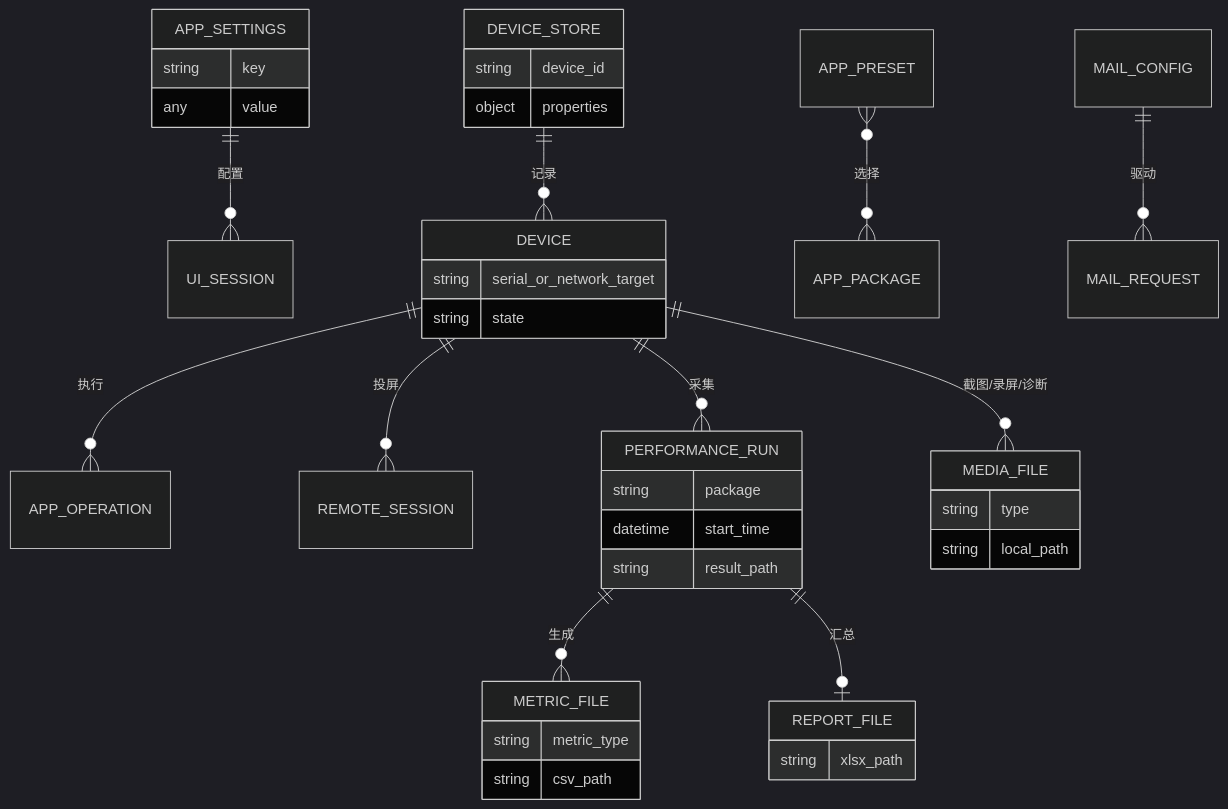
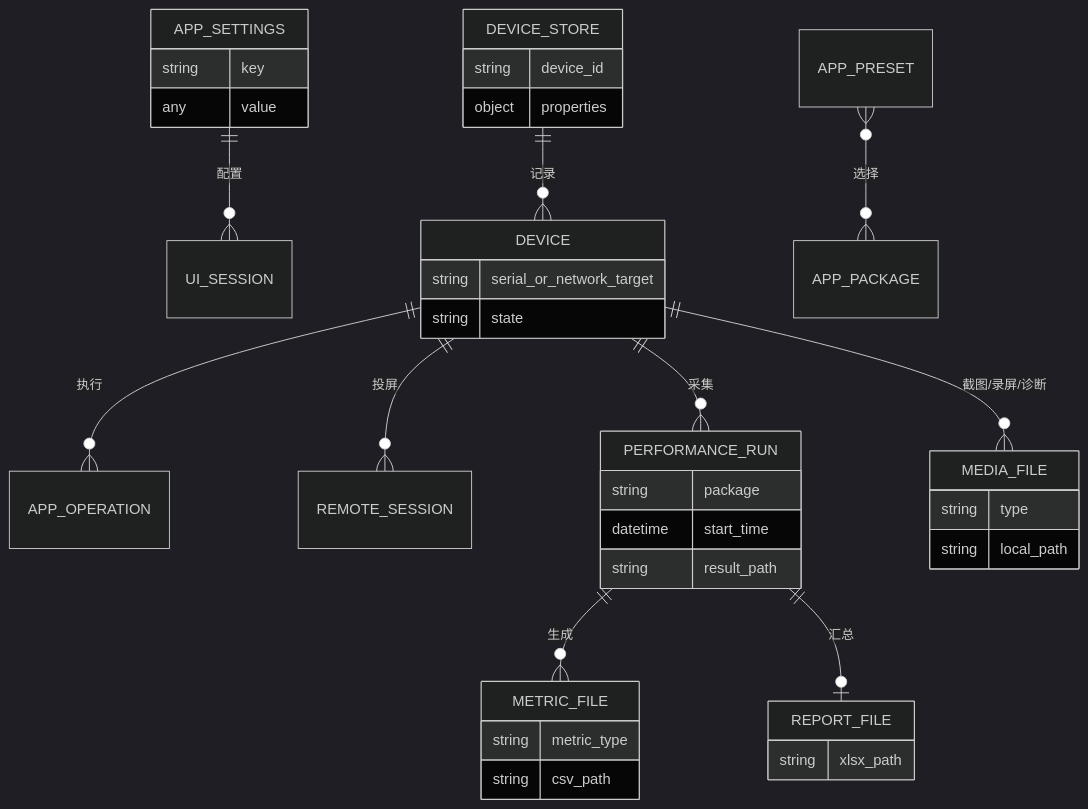
The diagram in docs/project-knowledge/DATABASE_MAP.md (BlackHu-art/ADBLab), drawn with Mermaid (dark theme) before and after one commit. The commit also changed other lines of this file and 13 other files, not shown here.

````diff
--- a/docs/project-knowledge/DATABASE_MAP.md
+++ b/docs/project-knowledge/DATABASE_MAP.md
@@ -28,42 +27,41 @@
 ```mermaid
 erDiagram
     APP_SETTINGS ||--o{ UI_SESSION : "配置"
     DEVICE_STORE ||--o{ DEVICE : "记录"
     DEVICE ||--o{ APP_OPERATION : "执行"
     DEVICE ||--o{ REMOTE_SESSION : "投屏"
     DEVICE ||--o{ PERFORMANCE_RUN : "采集"
     PERFORMANCE_RUN ||--o{ METRIC_FILE : "生成"
     PERFORMANCE_RUN ||--o| REPORT_FILE : "汇总"
     DEVICE ||--o{ MEDIA_FILE : "截图/录屏/诊断"
     APP_PRESET }o--o{ APP_PACKAGE : "选择"
-    MAIL_CONFIG ||--o{ MAIL_REQUEST : "驱动"
 
     APP_SETTINGS {
         string key
         any value
     }
     DEVICE_STORE {
         string device_id
         object properties
     }
     DEVICE {
         string serial_or_network_target
         string state
     }
     PERFORMANCE_RUN {
         string package
         datetime start_time
         string result_path
     }
     METRIC_FILE {
         string metric_type
         string csv_path
     }
     REPORT_FILE {
         string xlsx_path
     }
     MEDIA_FILE {
         string type
         string local_path
     }
 ```
````
